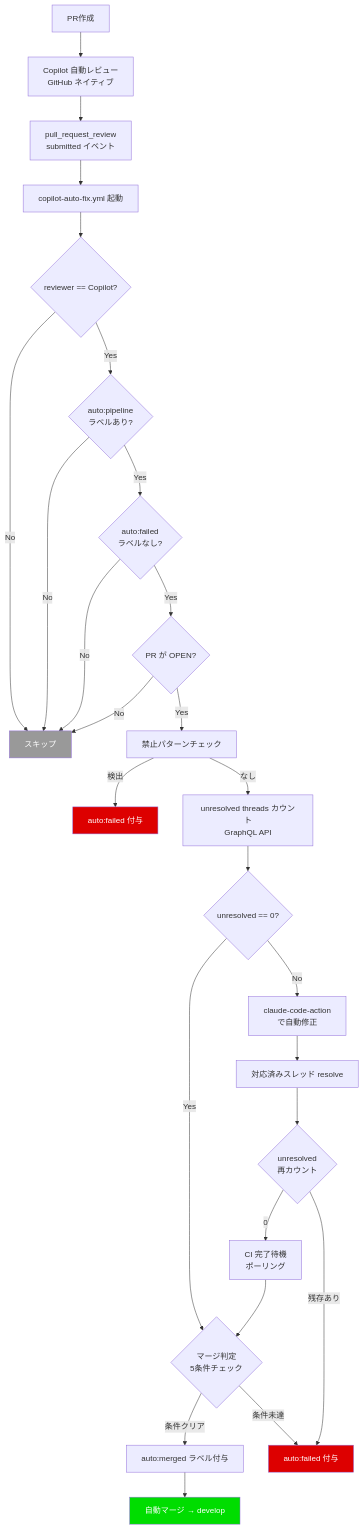
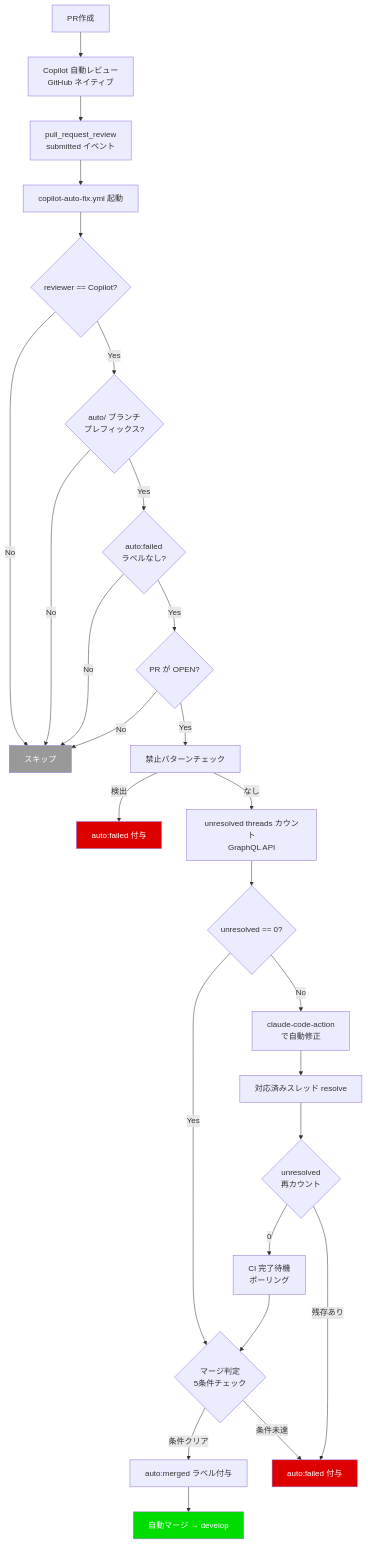
One commit to becky3/learning-companion changed the diagram in docs/specs/copilot-auto-fix.md. Above: the diagram before and after it, drawn with Mermaid. The commit also changed other lines of this file and 9 other files, not shown here.

````diff
--- a/docs/specs/copilot-auto-fix.md
+++ b/docs/specs/copilot-auto-fix.md
@@ -45,33 +45,33 @@
 ```mermaid
 flowchart TD
     A[PR作成] --> B[Copilot 自動レビュー<br/>GitHub ネイティブ]
     B --> C[pull_request_review<br/>submitted イベント]
     C --> D[copilot-auto-fix.yml 起動]
     D --> E{reviewer == Copilot?}
     E -->|No| Z[スキップ]
-    E -->|Yes| F{auto:pipeline<br/>ラベルあり?}
+    E -->|Yes| F{auto/ ブランチ<br/>プレフィックス?}
     F -->|No| Z
     F -->|Yes| G{auto:failed<br/>ラベルなし?}
     G -->|No| Z
     G -->|Yes| G2{PR が OPEN?}
     G2 -->|No| Z
     G2 -->|Yes| H[禁止パターンチェック]
     H -->|検出| I[auto:failed 付与]
     H -->|なし| J[unresolved threads カウント<br/>GraphQL API]
     J --> K{unresolved == 0?}
     K -->|Yes| L{マージ判定<br/>5条件チェック}
     K -->|No| M[claude-code-action<br/>で自動修正]
     M --> N[対応済みスレッド resolve]
     N --> N2{unresolved<br/>再カウント}
     N2 -->|0| N3[CI 完了待機<br/>ポーリング]
     N2 -->|残存あり| P
     N3 --> L
     L -->|条件クリア| L2[auto:merged ラベル付与]
     L2 --> O[自動マージ → develop]
     L -->|条件未達| P[auto:failed 付与]
 
     style O fill:#0d0,color:#fff
     style I fill:#d00,color:#fff
     style P fill:#d00,color:#fff
     style Z fill:#999,color:#fff
 ```
````
